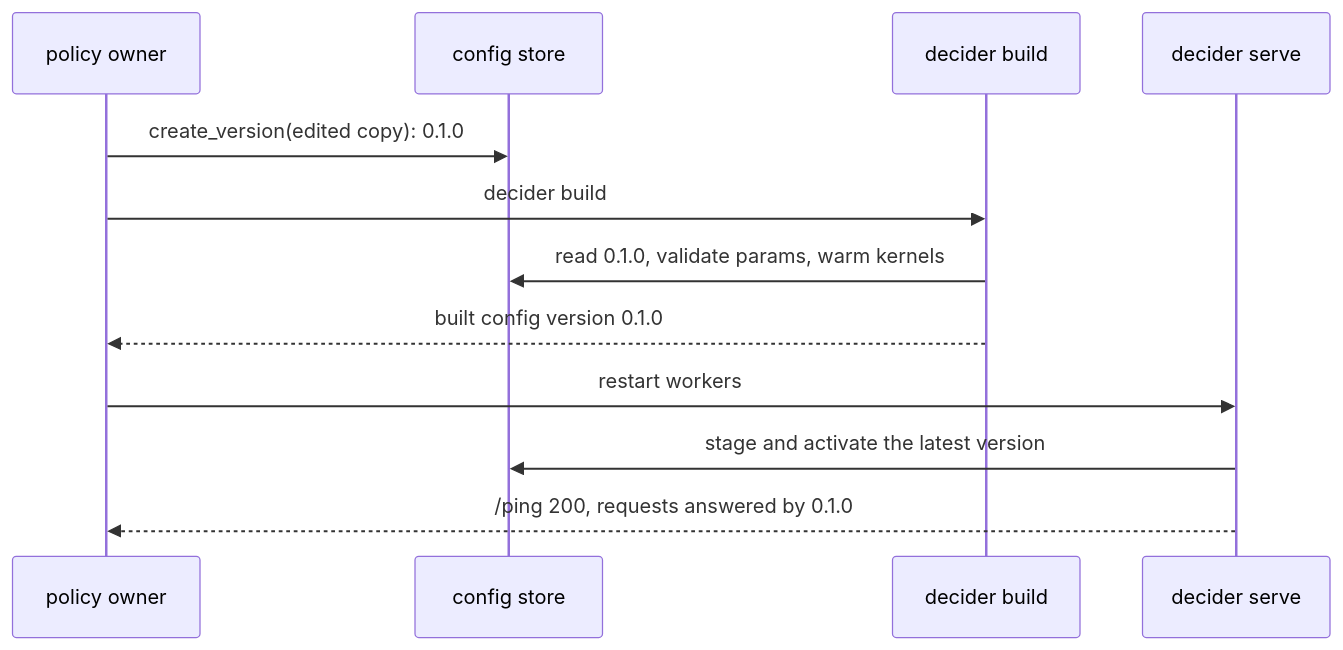
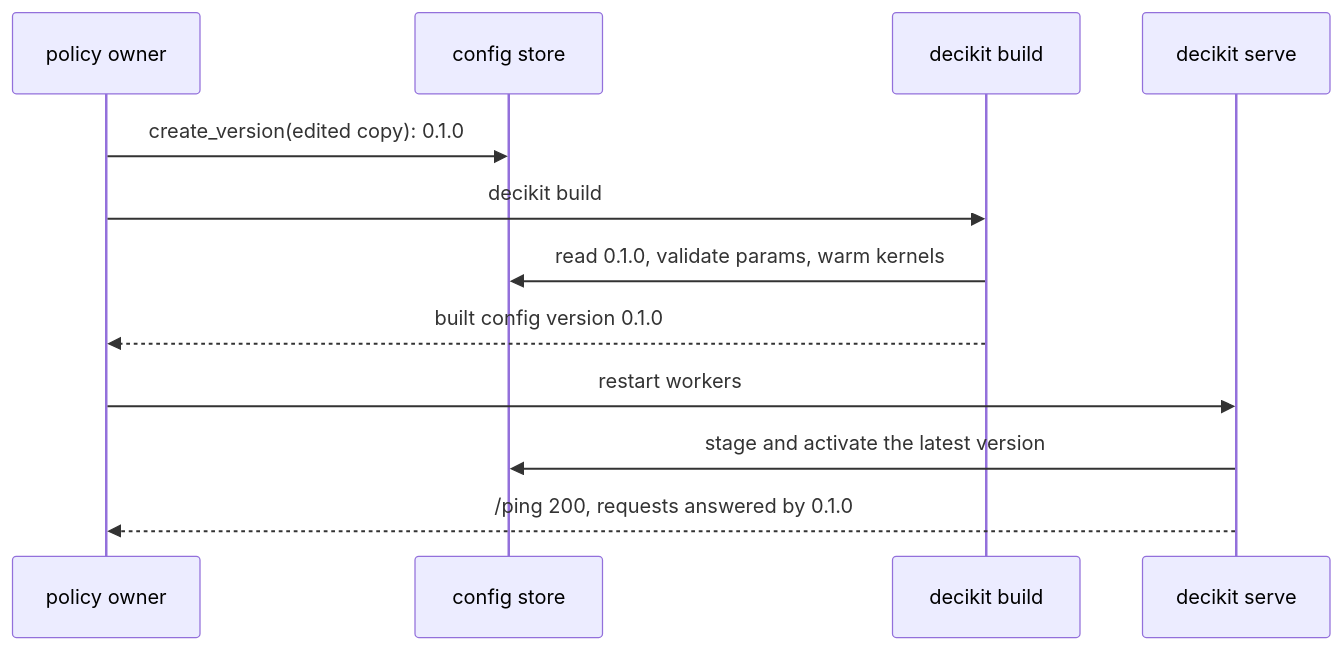
The second of 2 diagrams in docs/walkthroughs/loan-granting-and-pricing.md (capitec/dsp-decision-engine), drawn with Mermaid before and after one commit. The commit also changed other lines of this file and 1292 other files, not shown here.

Commit message:
rename decider to decikit: package, CLI, DECIKIT_* settings, plugin, extension, docs prose says decider toolkit

````diff
--- a/docs/walkthroughs/loan-granting-and-pricing.md
+++ b/docs/walkthroughs/loan-granting-and-pricing.md
@@ -378,14 +378,14 @@
 ```mermaid
 sequenceDiagram
     participant P as policy owner
     participant S as config store
-    participant B as decider build
-    participant W as decider serve
+    participant B as decikit build
+    participant W as decikit serve
     P->>S: create_version(edited copy): 0.1.0
-    P->>B: decider build
+    P->>B: decikit build
     B->>S: read 0.1.0, validate params, warm kernels
     B-->>P: built config version 0.1.0
     P->>W: restart workers
     W->>S: stage and activate the latest version
     W-->>P: /ping 200, requests answered by 0.1.0
 ```
````
